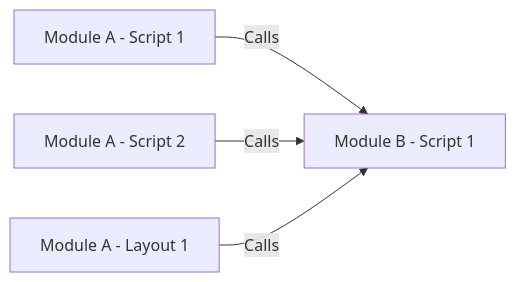
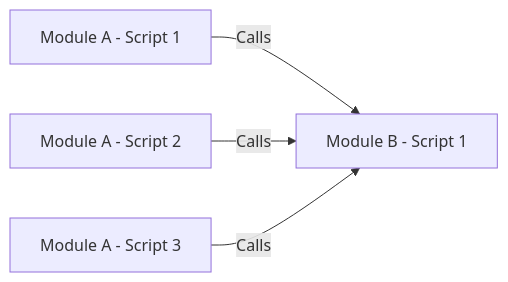
One commit to CloudChi/FX-Framework changed the first of 2 diagrams in Dependencies.md. Above: the diagram before and after it, drawn with Mermaid. The commit also changed other lines of this file, not shown here.

````diff
--- a/Dependencies.md
+++ b/Dependencies.md
@@ -7,6 +8,6 @@
 ```mermaid
 graph LR
 A[Module A - Script 1] -- Calls --> F[Module B - Script 1] 
 B[Module A - Script 2] -- Calls --> F
-C[Module A - Layout 1] -- Calls --> F
+C[Module A - Script 3] -- Calls --> F
 ```
````
